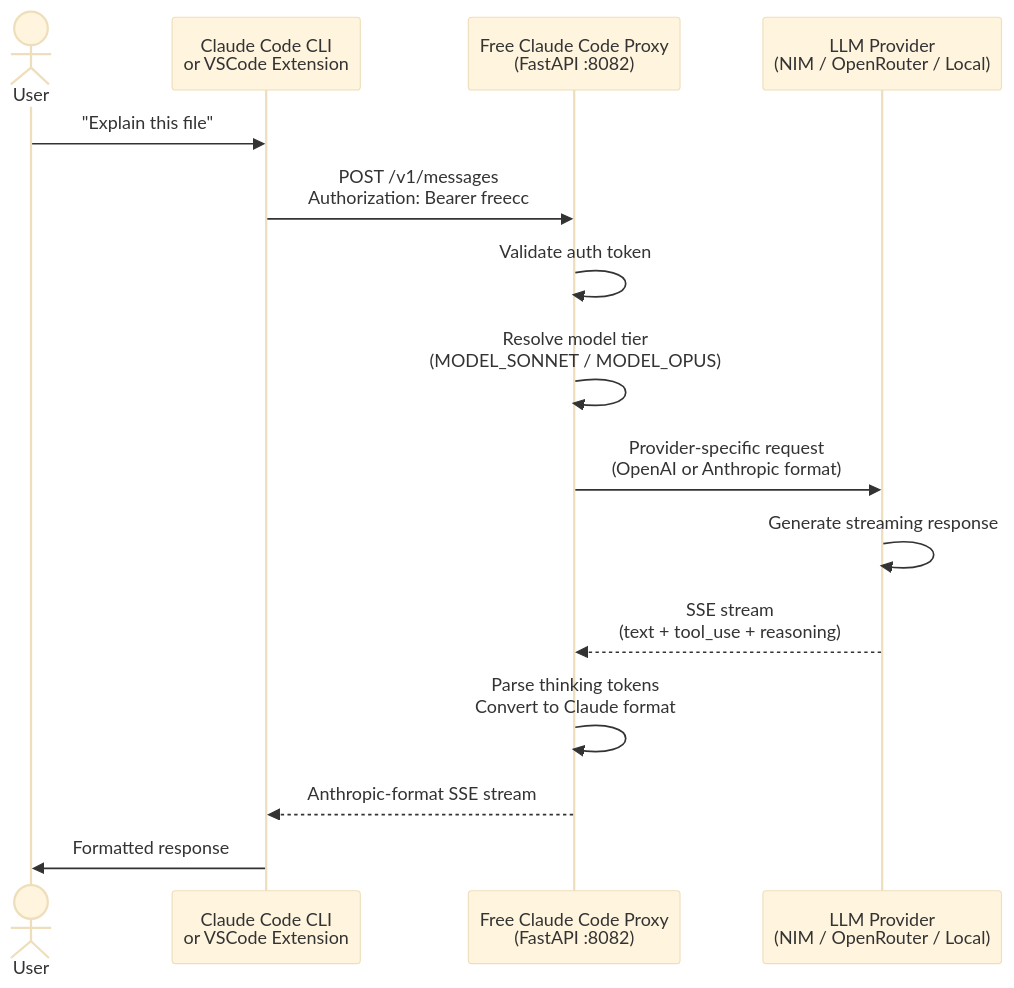
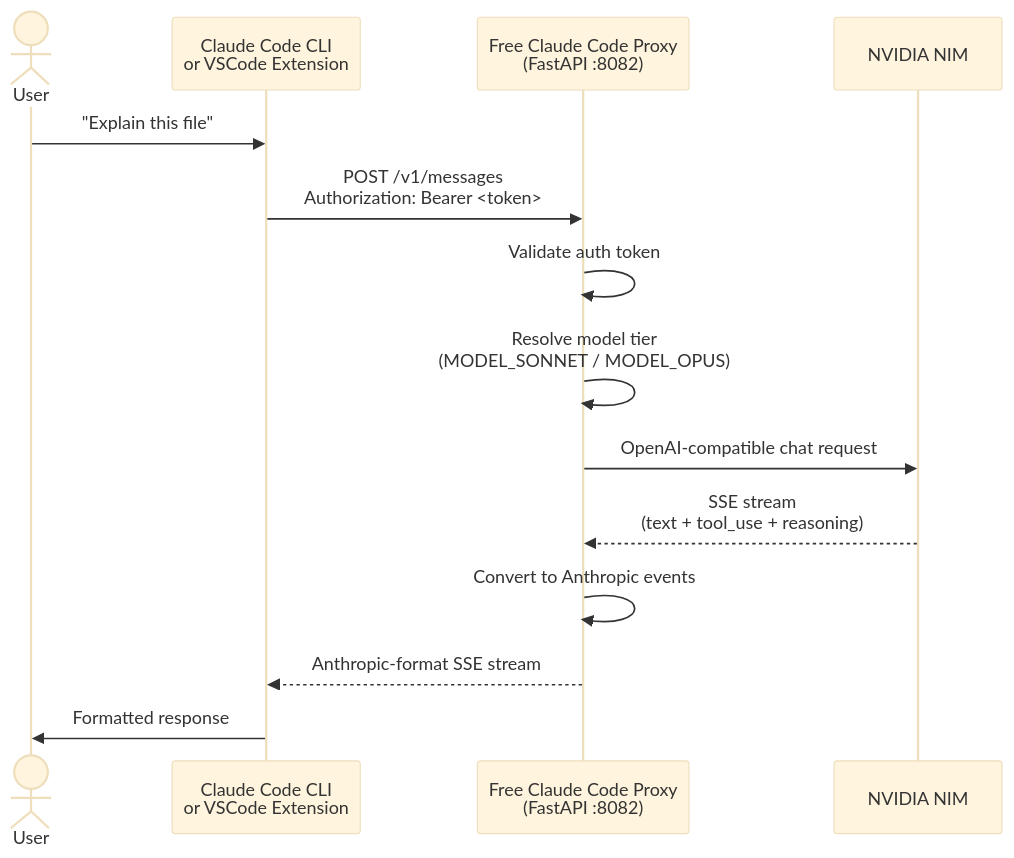
The first of 2 diagrams in README_NVIDIA.md (Echelix/free-claude-code), drawn with Mermaid (base theme) before and after one commit. The commit also changed other lines of this file and 16 other files, not shown here.

````diff
--- a/README_NVIDIA.md
+++ b/README_NVIDIA.md
@@ -78,18 +91,17 @@
 ```mermaid
 sequenceDiagram
     actor User
     participant CC as Claude Code CLI<br/>or VSCode Extension
     participant Proxy as Free Claude Code Proxy<br/>(FastAPI :8082)
-    participant LLM as LLM Provider<br/>(NIM / OpenRouter / Local)
+    participant LLM as NVIDIA NIM
 
     User->>CC: "Explain this file"
-    CC->>Proxy: POST /v1/messages<br/>Authorization: Bearer freecc
+    CC->>Proxy: POST /v1/messages<br/>Authorization: Bearer <token>
     Proxy->>Proxy: Validate auth token
     Proxy->>Proxy: Resolve model tier<br/>(MODEL_SONNET / MODEL_OPUS)
-    Proxy->>LLM: Provider-specific request<br/>(OpenAI or Anthropic format)
-    LLM->>LLM: Generate streaming response
+    Proxy->>LLM: OpenAI-compatible chat request
     LLM-->>Proxy: SSE stream<br/>(text + tool_use + reasoning)
-    Proxy->>Proxy: Parse thinking tokens<br/>Convert to Claude format
+    Proxy->>Proxy: Convert to Anthropic events
     Proxy-->>CC: Anthropic-format SSE stream
     CC->>User: Formatted response
 ```
````
